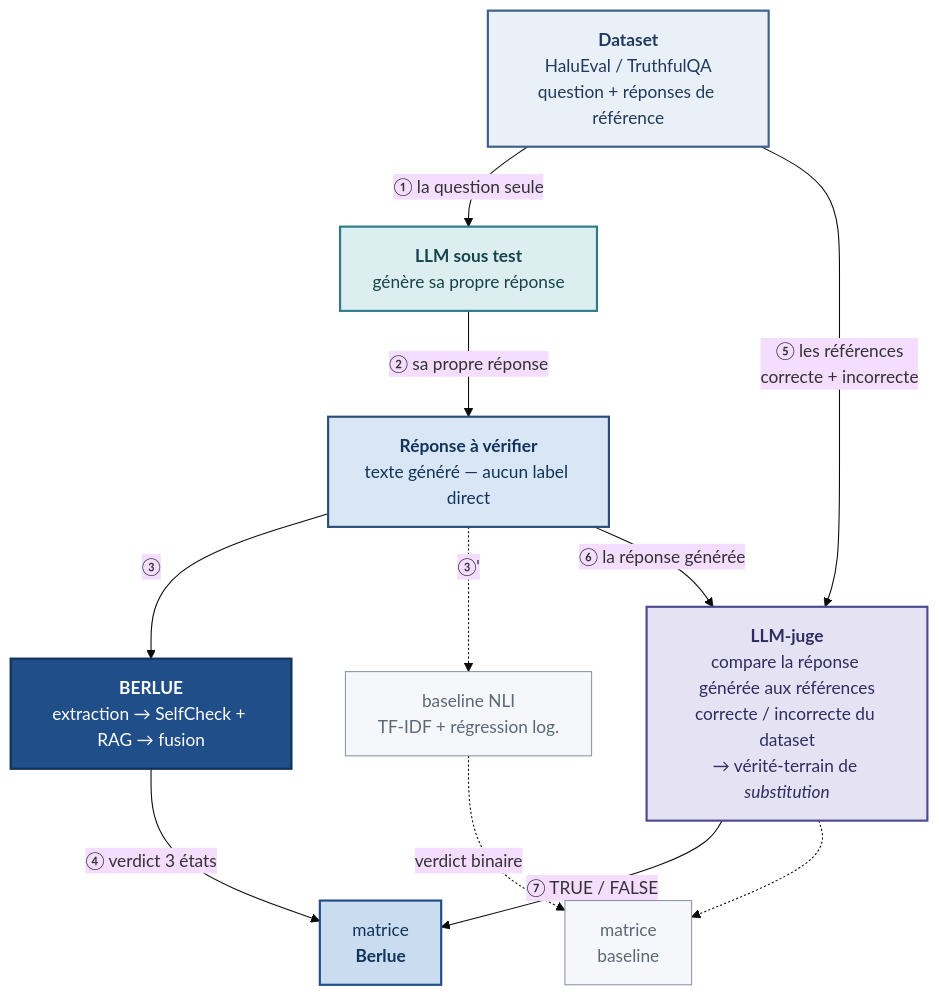
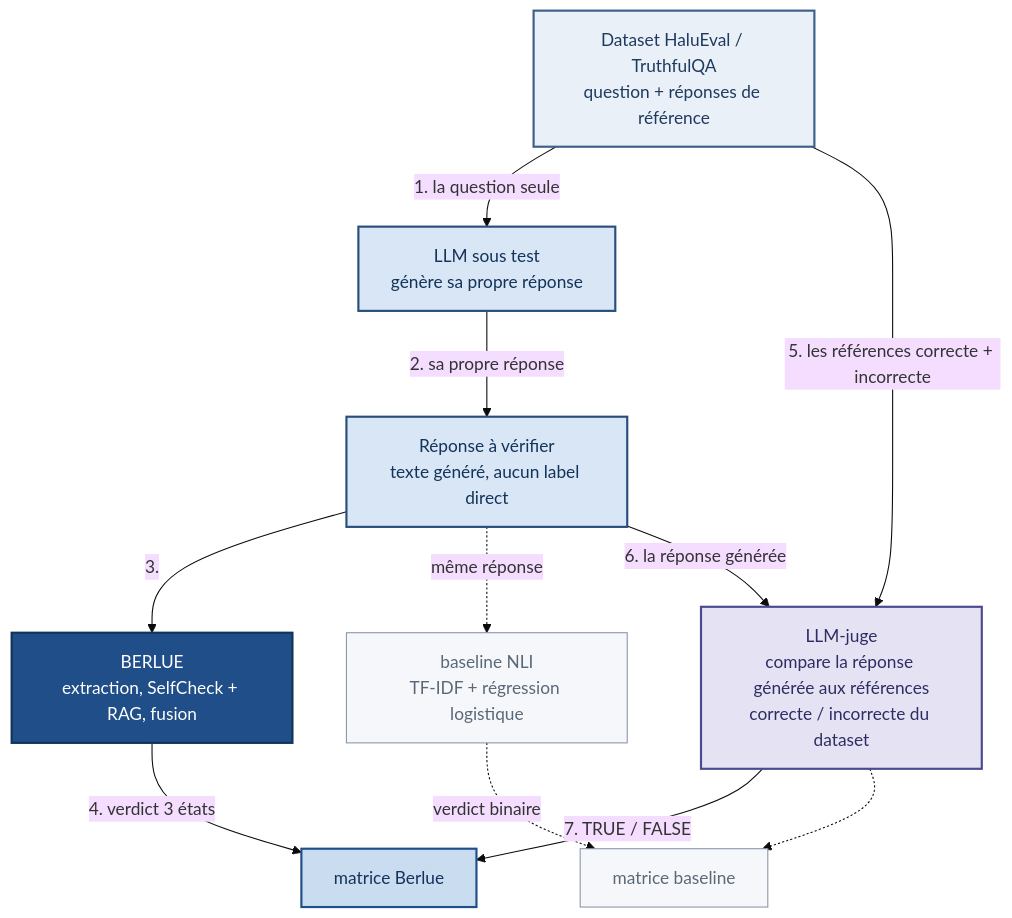
One commit to le-cercle-du-neurone-disparu/berlue changed the second of 2 diagrams in docs/evaluation/modes.md. Above: the diagram before and after it, drawn with Mermaid (base theme). The commit also changed other lines of this file, not shown here.

Commit message:
fix: format mermaid

````diff
--- a/docs/evaluation/modes.md
+++ b/docs/evaluation/modes.md
@@ -97,38 +96,37 @@
 ```mermaid
 flowchart TB
-    D["<b>Dataset</b><br/>HaluEval / TruthfulQA<br/>question + réponses de référence"]
-    L["<b>LLM sous test</b><br/>génère sa propre réponse"]
-    A["<b>Réponse à vérifier</b><br/>texte généré — aucun label direct"]
-    B["<b>BERLUE</b><br/>extraction → SelfCheck + RAG → fusion"]
-    N["baseline NLI<br/>TF-IDF + régression log."]
-    G["<b>LLM-juge</b><br/>compare la réponse générée aux références<br/>correcte / incorrecte du dataset<br/>→ vérité-terrain de <i>substitution</i>"]
-    MB["matrice<br/><b>Berlue</b>"]
-    MN["matrice<br/>baseline"]
+    D["Dataset HaluEval / TruthfulQA<br/>question + réponses de référence"]
+    L["LLM sous test<br/>génère sa propre réponse"]
+    A["Réponse à vérifier<br/>texte généré, aucun label direct"]
+    B["BERLUE<br/>extraction, SelfCheck + RAG, fusion"]
+    N["baseline NLI<br/>TF-IDF + régression logistique"]
+    G["LLM-juge<br/>compare la réponse générée aux références<br/>correcte / incorrecte du dataset"]
+    MB["matrice Berlue"]
+    MN["matrice baseline"]
 
-    D -->|"① la question seule"| L
-    L -->|"② sa propre réponse"| A
-    A -->|"③"| B
-    A -.->|"③'"| N
-    B -->|"④ verdict 3 états"| MB
+    D -->|"1. la question seule"| L
+    L -->|"2. sa propre réponse"| A
+    A -->|"3."| B
+    A -.->|"même réponse"| N
+    B -->|"4. verdict 3 états"| MB
     N -.->|"verdict binaire"| MN
-    D -->|"⑤ les références<br/>correcte + incorrecte"| G
-    A -->|"⑥ la réponse générée"| G
-    G -->|"⑦ TRUE / FALSE"| MB
+    D -->|"5. les références correcte + incorrecte"| G
+    A -->|"6. la réponse générée"| G
+    G -->|"7. TRUE / FALSE"| MB
     G -.-> MN
 
     classDef data fill:#EAF0F7,stroke:#3E5F8A,stroke-width:2px,color:#1F3A5F
-    classDef gen fill:#DDEEF0,stroke:#2E7C86,stroke-width:2px,color:#17454B
     classDef answer fill:#D9E6F5,stroke:#2A4E7C,stroke-width:2px,color:#12335A
     classDef berlue fill:#1F4E88,stroke:#12335A,stroke-width:2px,color:#FFFFFF
     classDef base fill:#F5F7FA,stroke:#8A97A8,stroke-width:1px,color:#5A6878
     classDef truth fill:#E5E3F3,stroke:#4B4A8F,stroke-width:2px,color:#2E2D63
     classDef matrix fill:#C9DCF0,stroke:#1F4E88,stroke-width:2px,color:#12335A
 
     class D data
-    class L gen
+    class L answer
     class A answer
     class B berlue
     class N,MN base
     class G truth
     class MB matrix
 ```
````
